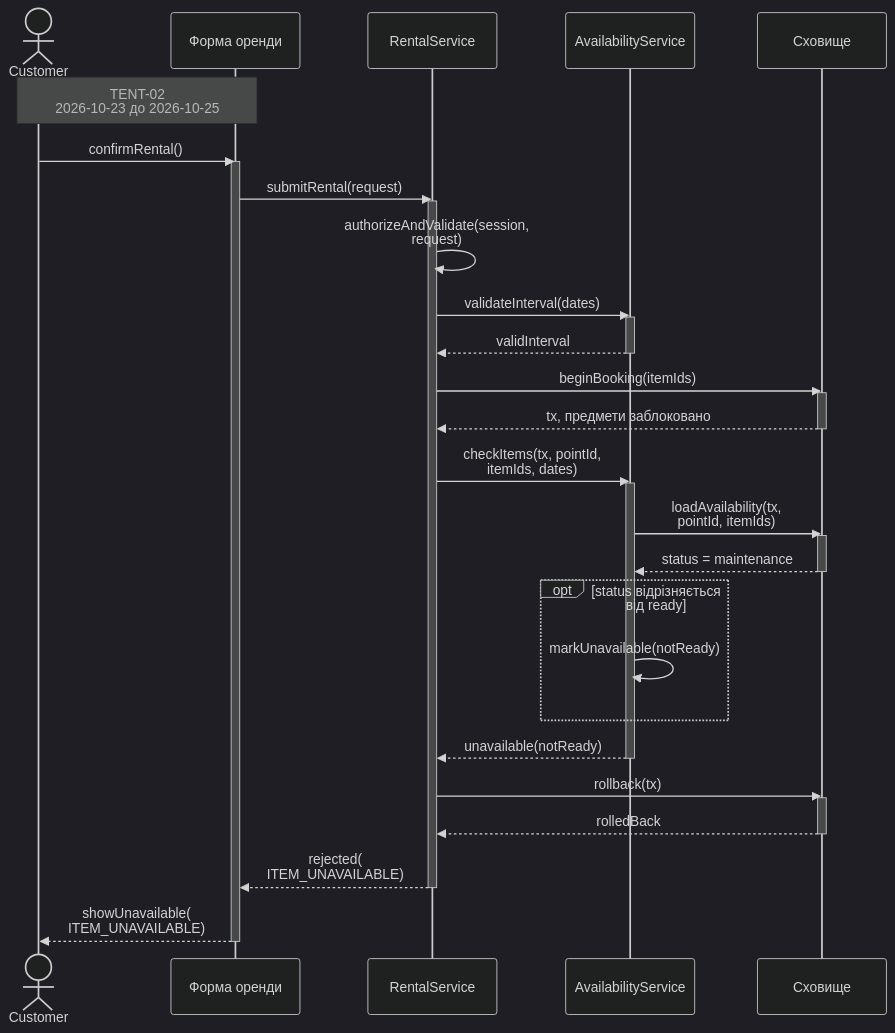
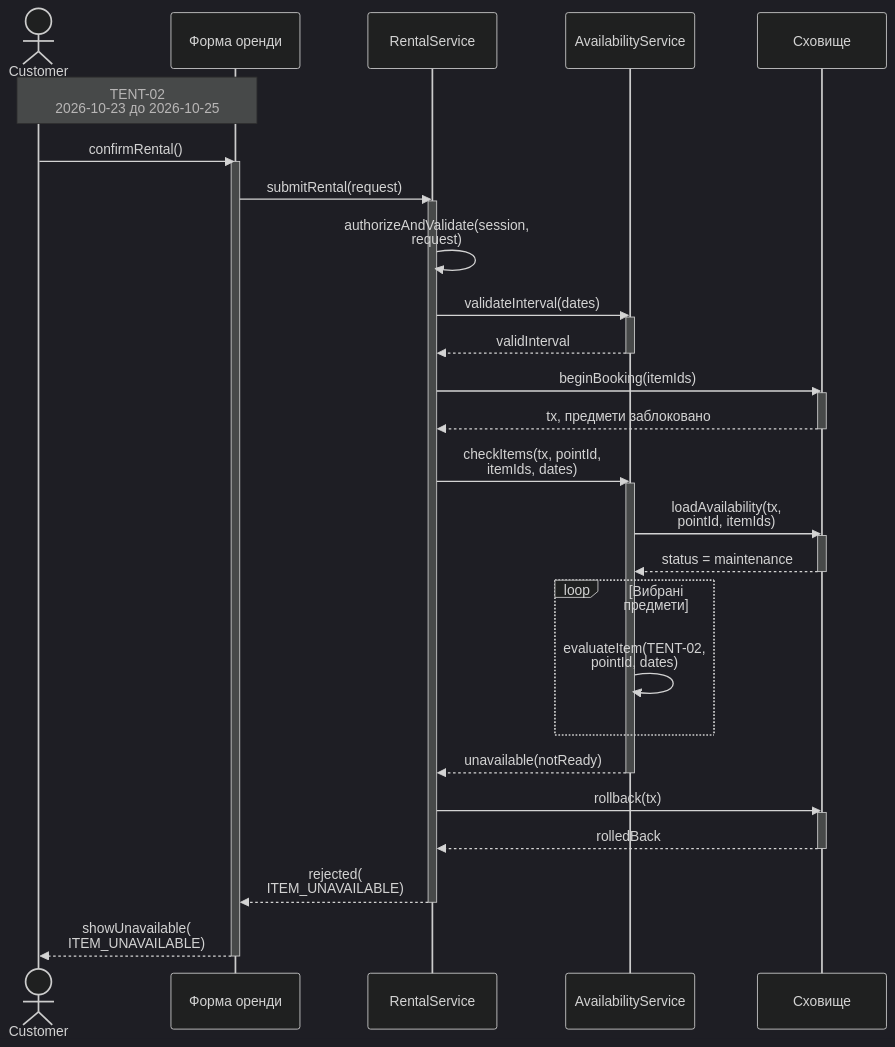
Before and after one commit to kirgafan/KPI_labs: the third of 6 diagrams in Labs/lab-3/model.md, drawn with Mermaid (dark theme). The commit also changed other lines of this file and 3 other files, not shown here.

````diff
--- a/Labs/lab-3/model.md
+++ b/Labs/lab-3/model.md
@@ -129,41 +141,41 @@
 ```mermaid
 sequenceDiagram
     actor C as Customer
     participant U as Форма оренди
     participant R as RentalService
     participant A as AvailabilityService
     participant S as Сховище
     Note over C,U: TENT-02<br/>2026-10-23 до 2026-10-25
     C->>U: confirmRental()
     activate U
     U->>R: submitRental(request)
     activate R
     R->>R: authorizeAndValidate(session,<br/>request)
     R->>A: validateInterval(dates)
     activate A
     A-->>R: validInterval
     deactivate A
     R->>S: beginBooking(itemIds)
     activate S
     S-->>R: tx, предмети заблоковано
     deactivate S
     R->>A: checkItems(tx, pointId,<br/>itemIds, dates)
     activate A
     A->>S: loadAvailability(tx,<br/>pointId, itemIds)
     activate S
     S-->>A: status = maintenance
     deactivate S
-    opt status відрізняється від ready
-        A->>A: markUnavailable(notReady)
+    loop Вибрані предмети
+        A->>A: evaluateItem(TENT-02,<br/>pointId, dates)
     end
     A-->>R: unavailable(notReady)
     deactivate A
     R->>S: rollback(tx)
     activate S
     S-->>R: rolledBack
     deactivate S
     R-->>U: rejected(<br/>ITEM_UNAVAILABLE)
     deactivate R
     U-->>C: showUnavailable(<br/>ITEM_UNAVAILABLE)
     deactivate U
 ```
````
